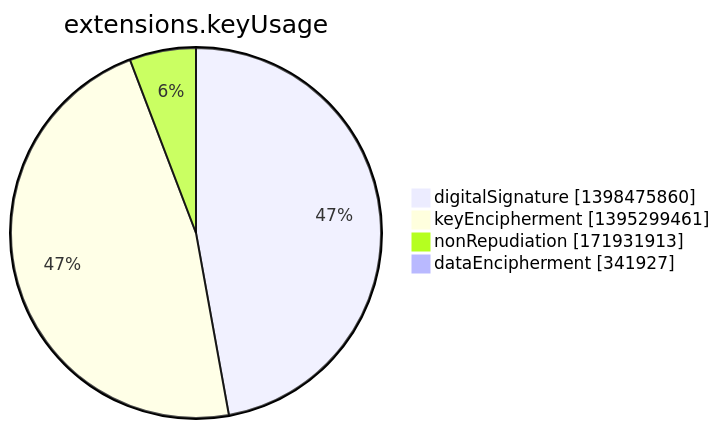
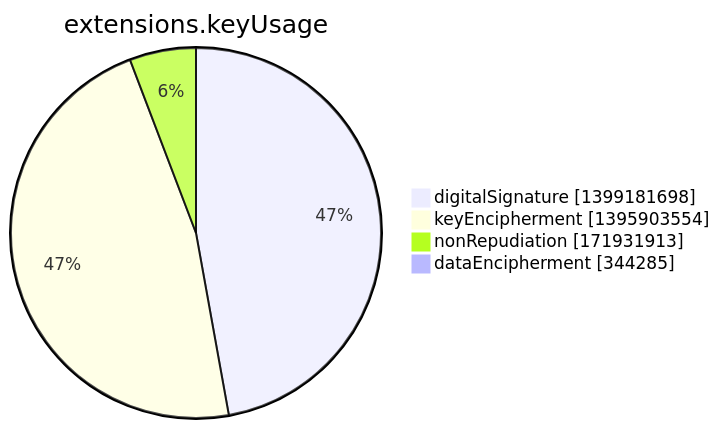
One commit to christiankrug/ctmonitor_visualization changed the seventh of 15 diagrams in argon2022/README.md. Above: the diagram before and after it, drawn with Mermaid. The commit also changed other lines of this file, not shown here.

````diff
--- a/argon2022/README.md
+++ b/argon2022/README.md
@@ -2751,8 +2751,8 @@
 ```mermaid
 pie showData
 title extensions.keyUsage
-"digitalSignature" :1398475860
-"keyEncipherment" :1395299461
+"digitalSignature" :1399181698
+"keyEncipherment" :1395903554
 "nonRepudiation" :171931913
-"dataEncipherment" :341927
+"dataEncipherment" :344285
 ```
````
